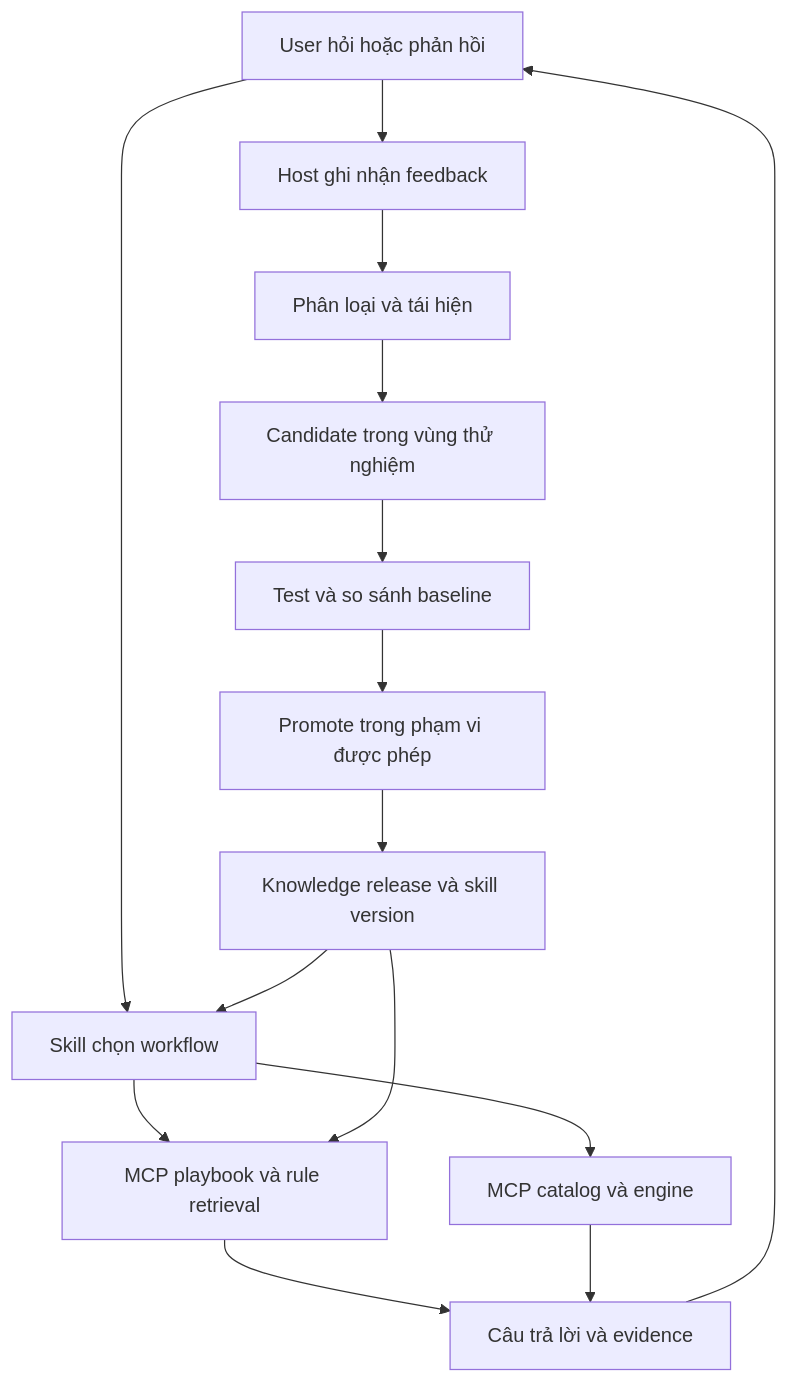
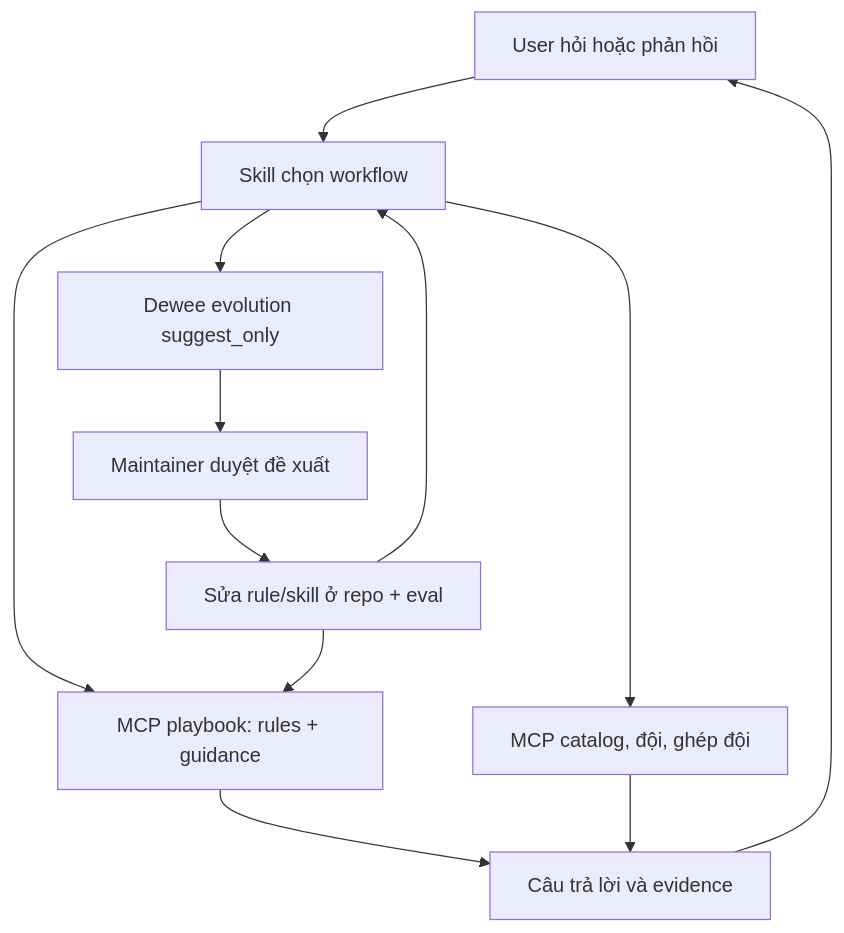
Before and after one commit to nguyennguyenit/CamNangTQCCL: the diagram in plans/260927-1727-mcp-skill-redesign/skill-mcp-learning-design.md, drawn with Mermaid. The commit also changed other lines of this file and 16 other files, not shown here.

First line of the commit message:
docs(plans): rewrite the MCP skill redesign around the 7-tool P* surface

````diff
--- a/plans/260927-1727-mcp-skill-redesign/skill-mcp-learning-design.md
+++ b/plans/260927-1727-mcp-skill-redesign/skill-mcp-learning-design.md
@@ -34,17 +34,14 @@
 ```mermaid
 flowchart TD
   U[User hỏi hoặc phản hồi] --> S[Skill chọn workflow]
-  S --> P[MCP playbook và rule retrieval]
-  S --> M[MCP catalog và engine]
+  S --> P[MCP playbook: rules + guidance]
+  S --> M[MCP catalog, đội, ghép đội]
   P --> A[Câu trả lời và evidence]
   M --> A
   A --> U
-  U --> F[Host ghi nhận feedback]
-  F --> T[Phân loại và tái hiện]
-  T --> C[Candidate trong vùng thử nghiệm]
-  C --> E[Test và so sánh baseline]
-  E --> V[Promote trong phạm vi được phép]
-  V --> K[Knowledge release và skill version]
+  S --> D[Dewee evolution suggest_only]
+  D --> R[Maintainer duyệt đề xuất]
+  R --> K[Sửa rule/skill ở repo + eval]
   K --> P
   K --> S
 ```
````
